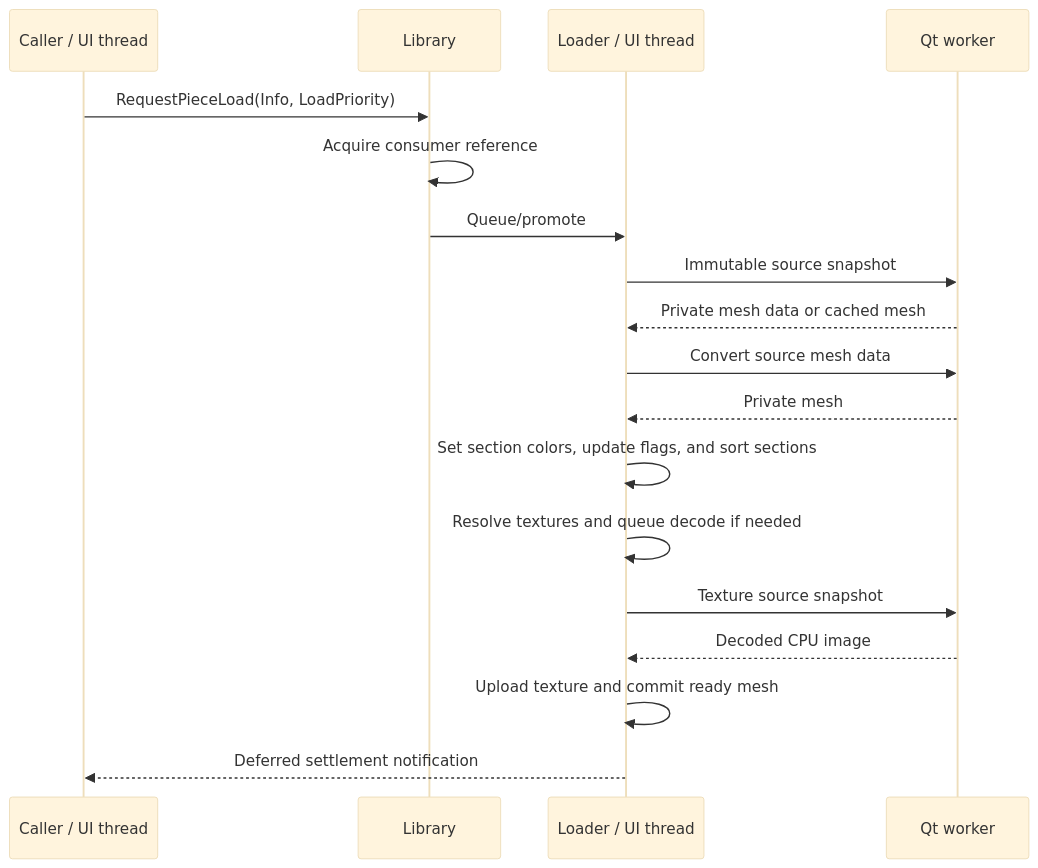
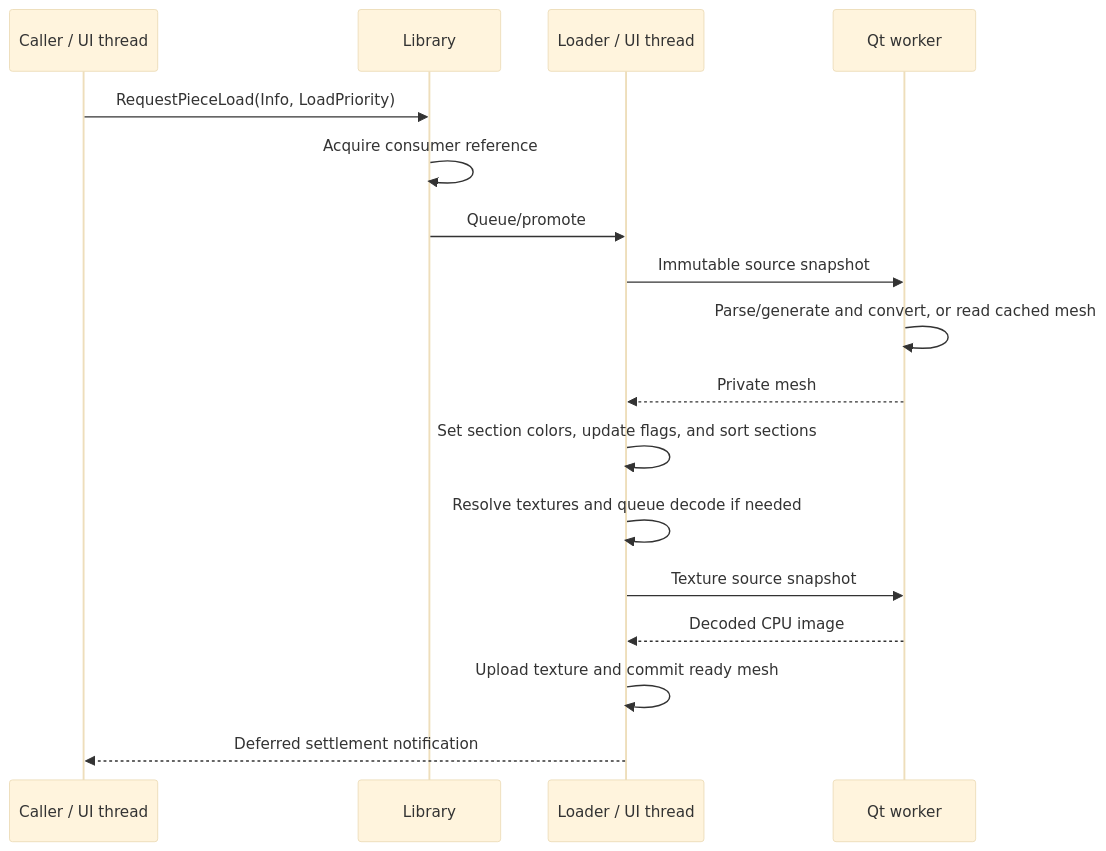
The second of 2 diagrams in docs/asset-loading.md (nathaneltitane/studworx), drawn with Mermaid (base theme) before and after one commit. The commit also changed other lines of this file and 6 other files, not shown here.

````diff
--- a/docs/asset-loading.md
+++ b/docs/asset-loading.md
@@ -289,20 +289,19 @@
 ```mermaid
 sequenceDiagram
     participant Caller as Caller / UI thread
     participant Library as Library
     participant Loader as Loader / UI thread
     participant Worker as Qt worker
     Caller->>Library: RequestPieceLoad(Info, LoadPriority)
     Library->>Library: Acquire consumer reference
     Library->>Loader: Queue/promote
     Loader->>Worker: Immutable source snapshot
-    Worker-->>Loader: Private mesh data or cached mesh
-    Loader->>Worker: Convert source mesh data
+    Worker->>Worker: Parse/generate and convert, or read cached mesh
     Worker-->>Loader: Private mesh
     Loader->>Loader: Set section colors, update flags, and sort sections
     Loader->>Loader: Resolve textures and queue decode if needed
     Loader->>Worker: Texture source snapshot
     Worker-->>Loader: Decoded CPU image
     Loader->>Loader: Upload texture and commit ready mesh
     Loader-->>Caller: Deferred settlement notification
 ```
````
